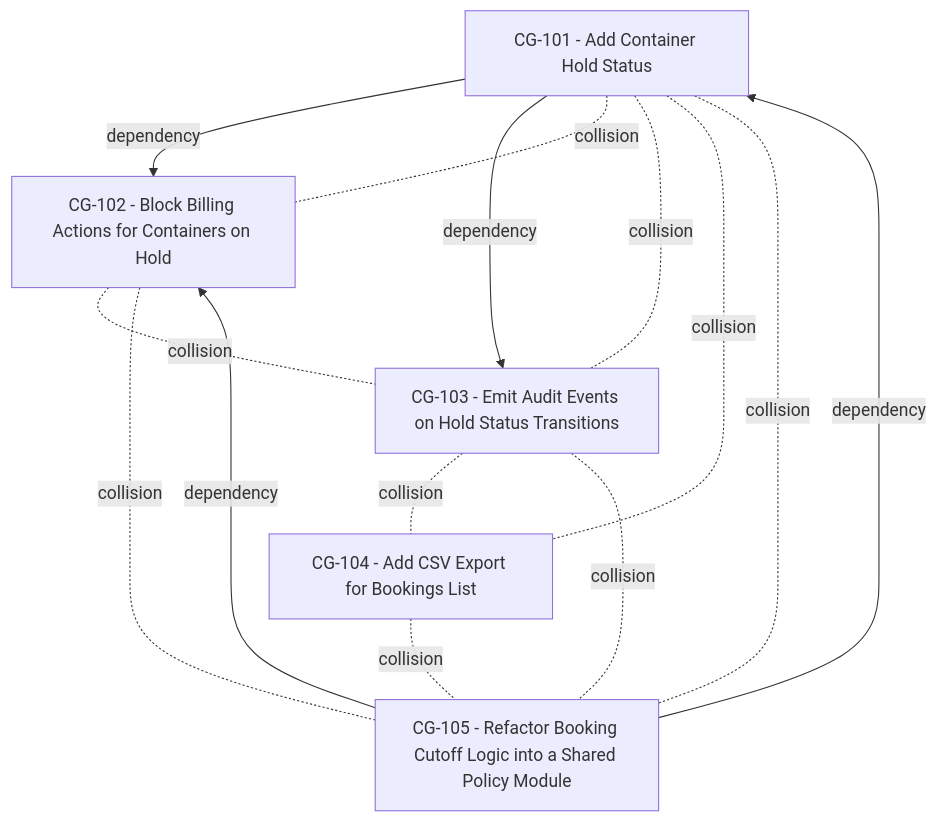
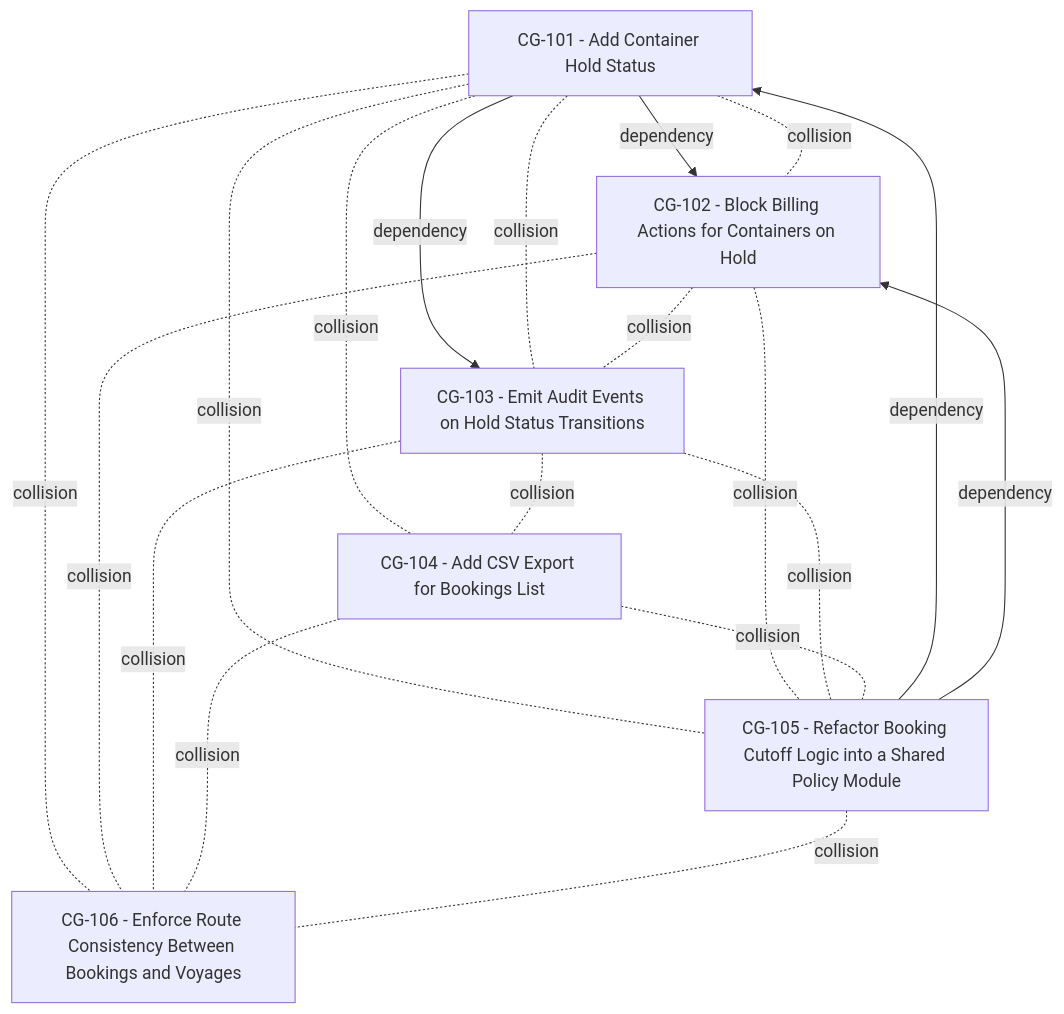
Before and after one commit to hashirama365/BOB_THE_BUILDER: the diagram in changeguard/.changeguard/change-graph.md, drawn with Mermaid. The commit also changed other lines of this file and 27 other files, not shown here.

Commit message:
chore(CG-106): add CG-106 change request, analysis artifacts, and update change graph

````diff
--- a/changeguard/.changeguard/change-graph.md
+++ b/changeguard/.changeguard/change-graph.md
@@ -80,23 +105,29 @@
 ```mermaid
 graph TD
 
 CG101["CG-101 - Add Container Hold Status"]
 CG102["CG-102 - Block Billing Actions for Containers on Hold"]
 CG103["CG-103 - Emit Audit Events on Hold Status Transitions"]
 CG104["CG-104 - Add CSV Export for Bookings List"]
 CG105["CG-105 - Refactor Booking Cutoff Logic into a Shared Policy Module"]
+CG106["CG-106 - Enforce Route Consistency Between Bookings and Voyages"]
 
 CG101 -->|dependency| CG102
 CG101 -->|dependency| CG103
 CG105 -->|dependency| CG101
 CG105 -->|dependency| CG102
 CG101 -. collision .- CG102
 CG101 -. collision .- CG103
 CG101 -. collision .- CG104
 CG101 -. collision .- CG105
+CG101 -. collision .- CG106
 CG102 -. collision .- CG103
 CG102 -. collision .- CG105
+CG102 -. collision .- CG106
 CG103 -. collision .- CG104
 CG103 -. collision .- CG105
+CG103 -. collision .- CG106
 CG104 -. collision .- CG105
+CG104 -. collision .- CG106
+CG105 -. collision .- CG106
 ```
````
